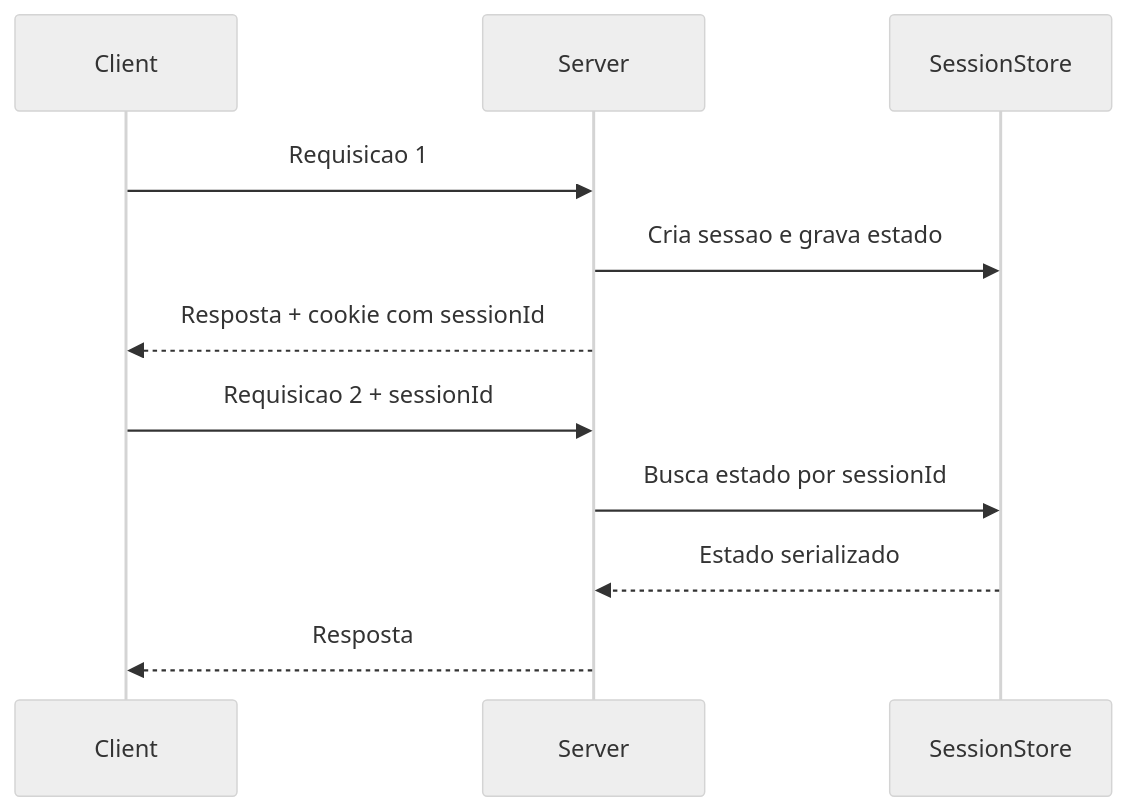
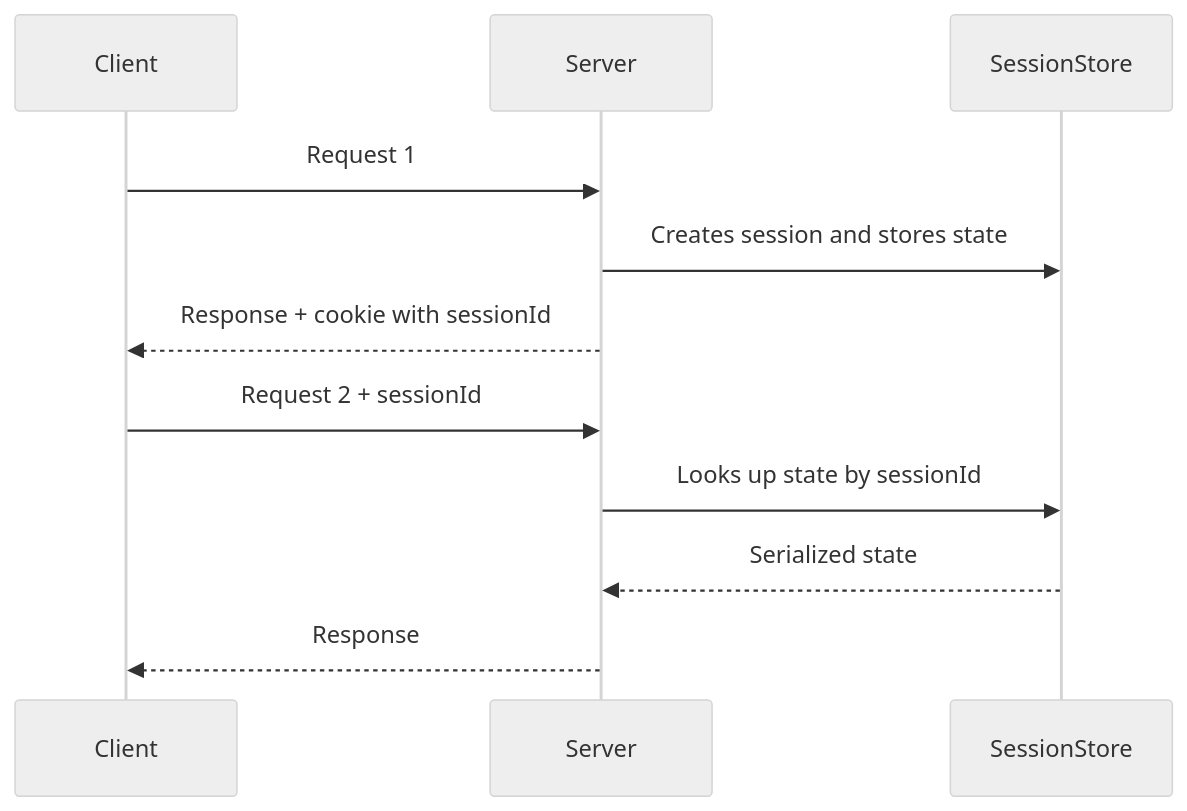
The diagram in docs/application/poeaa/session-state/server-session-state.md (alancesar/design-patterns), drawn with Mermaid (neutral theme) before and after one commit. The commit also changed 258 other files, not shown here.

First line of the commit message:
Translate Mermaid diagrams to English

````diff
--- a/docs/application/poeaa/session-state/server-session-state.md
+++ b/docs/application/poeaa/session-state/server-session-state.md
@@ -58,13 +58,13 @@
 ```mermaid
 sequenceDiagram
     participant Client
     participant Server
     participant SessionStore
-    Client->>Server: Requisicao 1
-    Server->>SessionStore: Cria sessao e grava estado
-    Server-->>Client: Resposta + cookie com sessionId
-    Client->>Server: Requisicao 2 + sessionId
-    Server->>SessionStore: Busca estado por sessionId
-    SessionStore-->>Server: Estado serializado
-    Server-->>Client: Resposta
+    Client->>Server: Request 1
+    Server->>SessionStore: Creates session and stores state
+    Server-->>Client: Response + cookie with sessionId
+    Client->>Server: Request 2 + sessionId
+    Server->>SessionStore: Looks up state by sessionId
+    SessionStore-->>Server: Serialized state
+    Server-->>Client: Response
 ```
````
